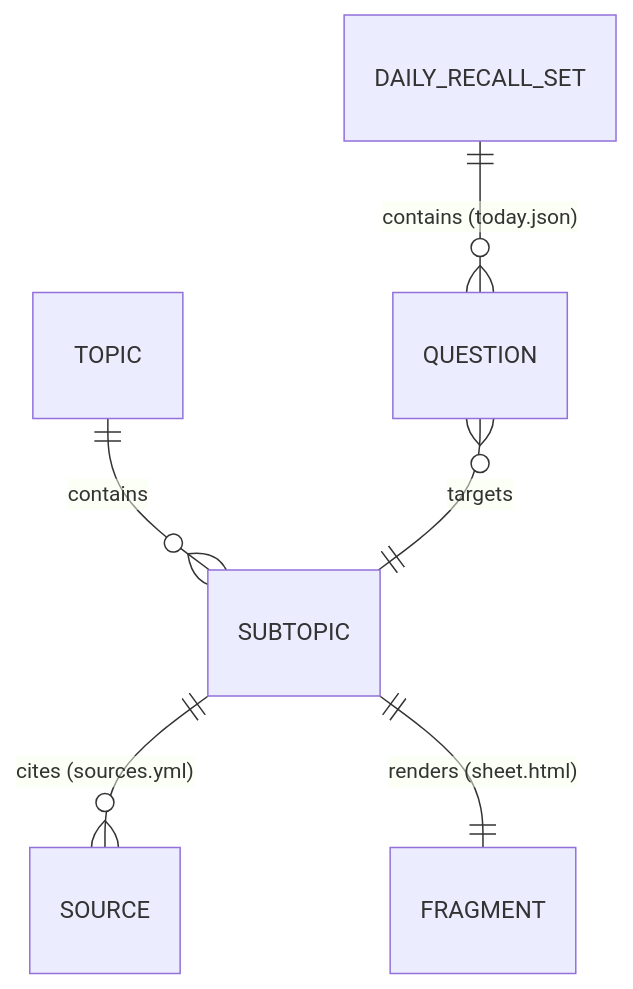
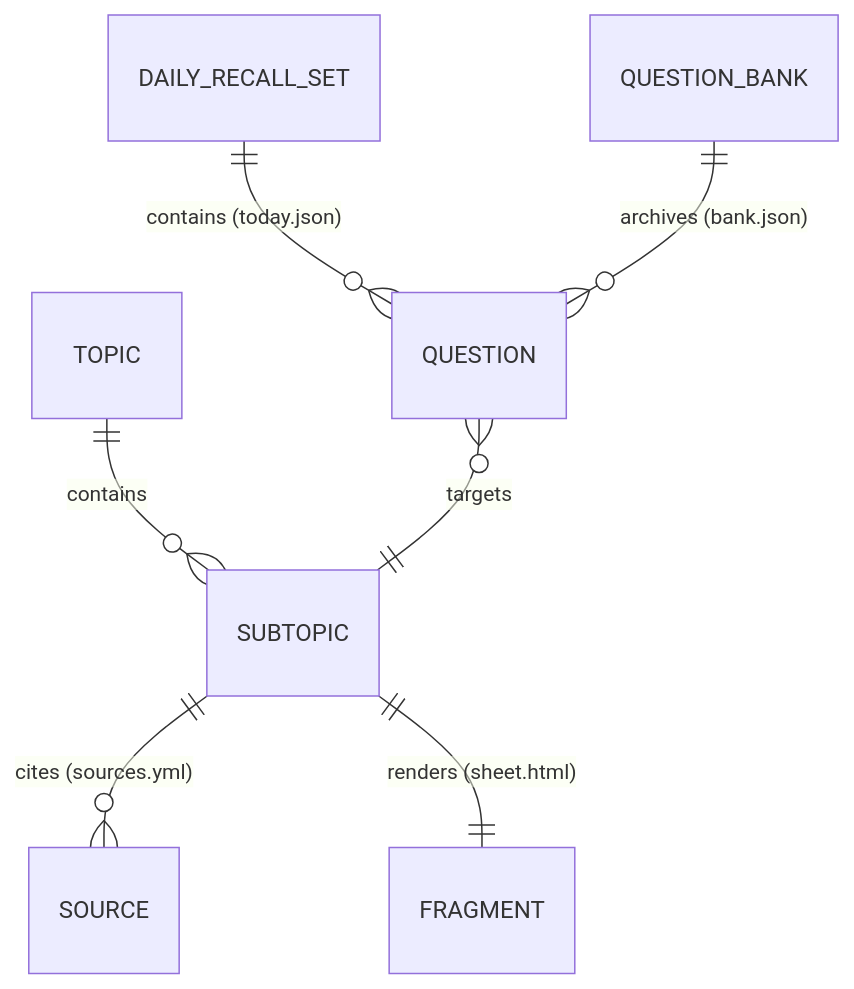
One commit to Povaz/cheatsheets changed the second of 2 diagrams in docs/hldd/hldd.md. Above: the diagram before and after it, drawn with Mermaid. The commit also changed other lines of this file and 3 other files, not shown here.

First line of the commit message:
docs(hldd): add Question Bank archive and generation dedup (v3.3)

````diff
--- a/docs/hldd/hldd.md
+++ b/docs/hldd/hldd.md
@@ -158,8 +158,9 @@
 ```mermaid
 erDiagram
     TOPIC ||--o{ SUBTOPIC : contains
     SUBTOPIC ||--o{ SOURCE : "cites (sources.yml)"
     SUBTOPIC ||--|| FRAGMENT : "renders (sheet.html)"
     DAILY_RECALL_SET ||--o{ QUESTION : "contains (today.json)"
+    QUESTION_BANK ||--o{ QUESTION : "archives (bank.json)"
     QUESTION }o--|| SUBTOPIC : "targets"
 ```
````
